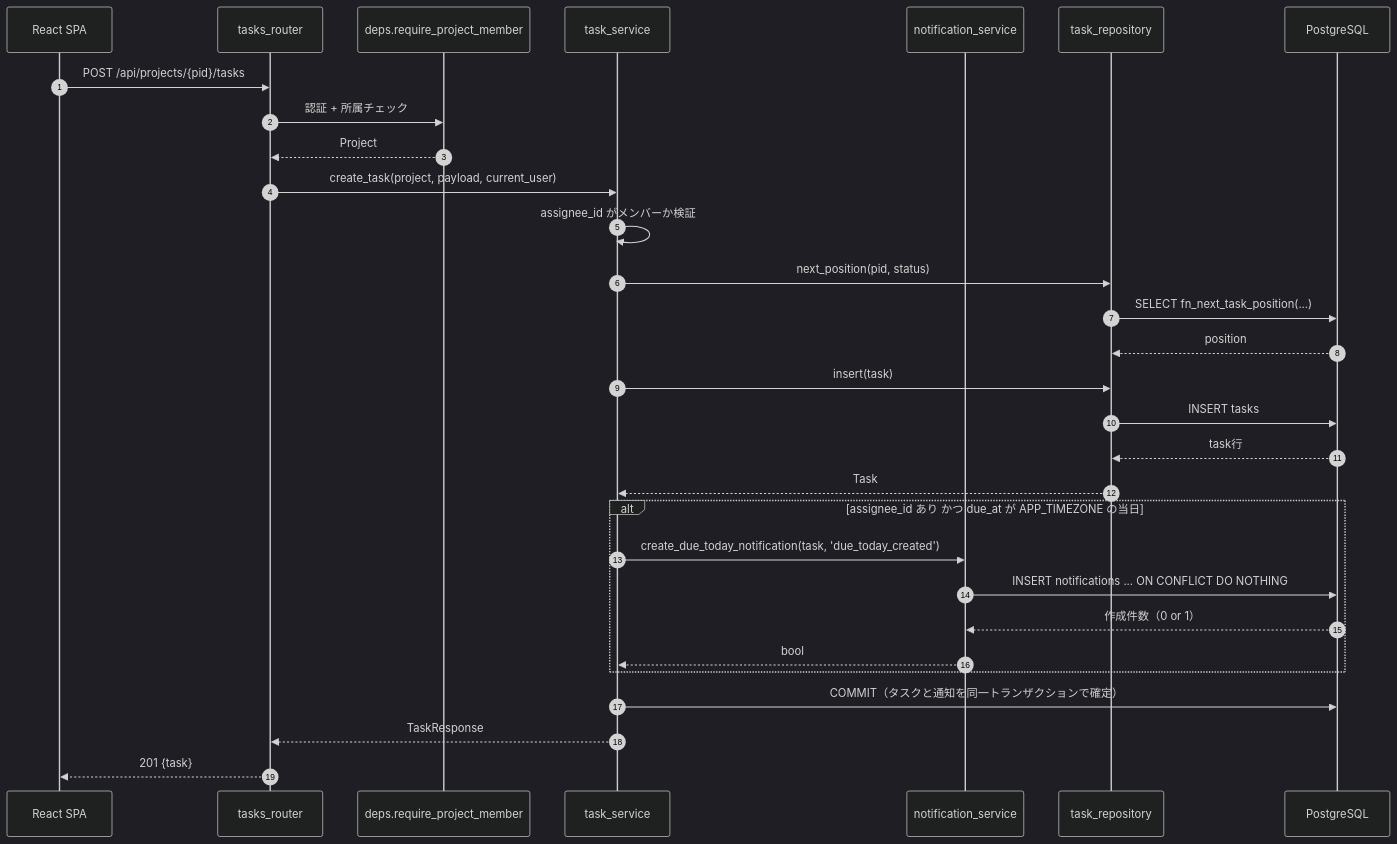
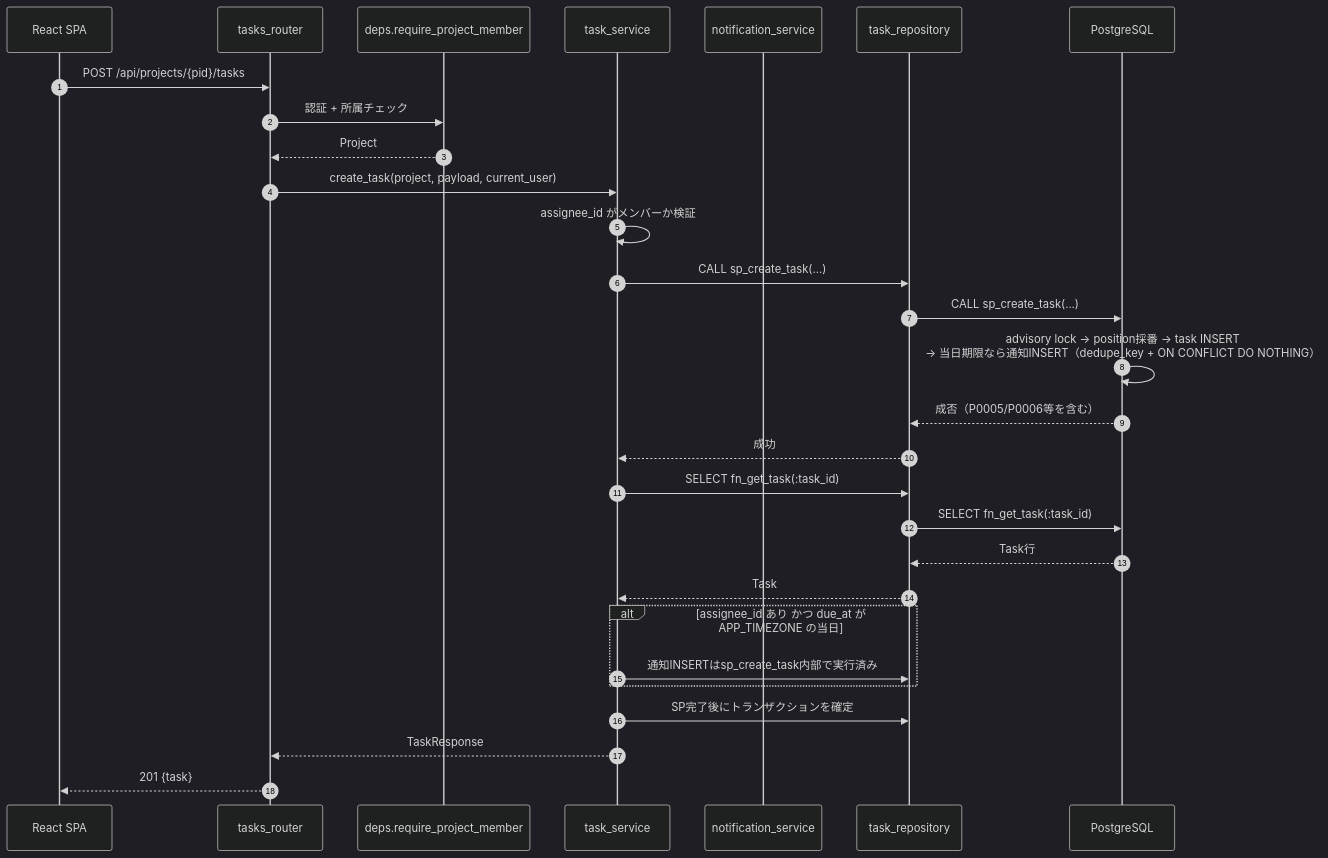
Before and after one commit to oikawa-d/task_management: the second of 4 diagrams in basic_design/04_api.md, drawn with Mermaid (dark theme). The commit also changed other lines of this file and 58 other files, not shown here.

````diff
--- a/basic_design/04_api.md
+++ b/basic_design/04_api.md
@@ -484,33 +487,32 @@
 ```mermaid
 sequenceDiagram
     autonumber
     participant FE as React SPA
     participant R as tasks_router
     participant D as deps.require_project_member
     participant S as task_service
     participant NS as notification_service
     participant TR as task_repository
     participant PG as PostgreSQL
 
     FE->>R: POST /api/projects/{pid}/tasks
     R->>D: 認証 + 所属チェック
     D-->>R: Project
     R->>S: create_task(project, payload, current_user)
     S->>S: assignee_id がメンバーか検証
-    S->>TR: next_position(pid, status)
-    TR->>PG: SELECT fn_next_task_position(...)
-    PG-->>TR: position
-    S->>TR: insert(task)
-    TR->>PG: INSERT tasks
-    PG-->>TR: task行
+    S->>TR: CALL sp_create_task(...)
+    TR->>PG: CALL sp_create_task(...)
+    PG->>PG: advisory lock → position採番 → task INSERT<br/>→ 当日期限なら通知INSERT（dedupe_key + ON CONFLICT DO NOTHING）
+    PG-->>TR: 成否（P0005/P0006等を含む）
+    TR-->>S: 成功
+    S->>TR: SELECT fn_get_task(:task_id)
+    TR->>PG: SELECT fn_get_task(:task_id)
+    PG-->>TR: Task行
     TR-->>S: Task
     alt assignee_id あり かつ due_at が APP_TIMEZONE の当日
-        S->>NS: create_due_today_notification(task, 'due_today_created')
-        NS->>PG: INSERT notifications ... ON CONFLICT DO NOTHING
-        PG-->>NS: 作成件数（0 or 1）
-        NS-->>S: bool
+        S->>TR: 通知INSERTはsp_create_task内部で実行済み
     end
-    S->>PG: COMMIT（タスクと通知を同一トランザクションで確定）
+    S->>TR: SP完了後にトランザクションを確定
     S-->>R: TaskResponse
     R-->>FE: 201 {task}
 ```
````
